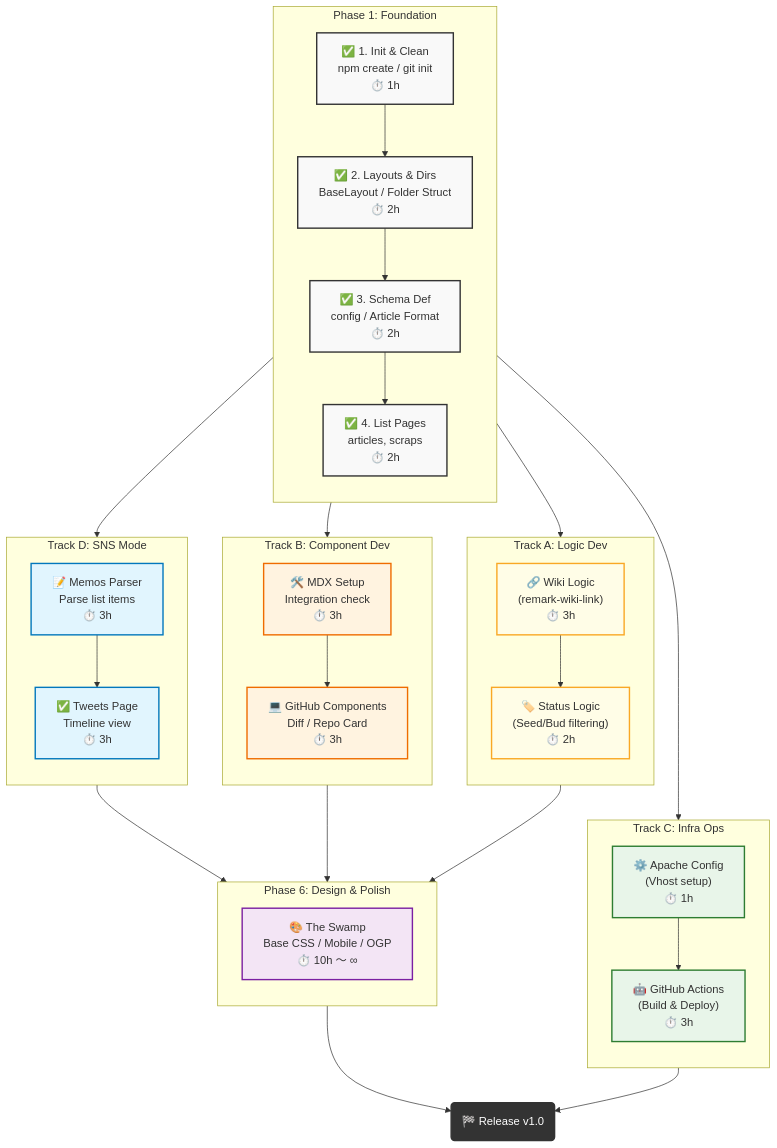
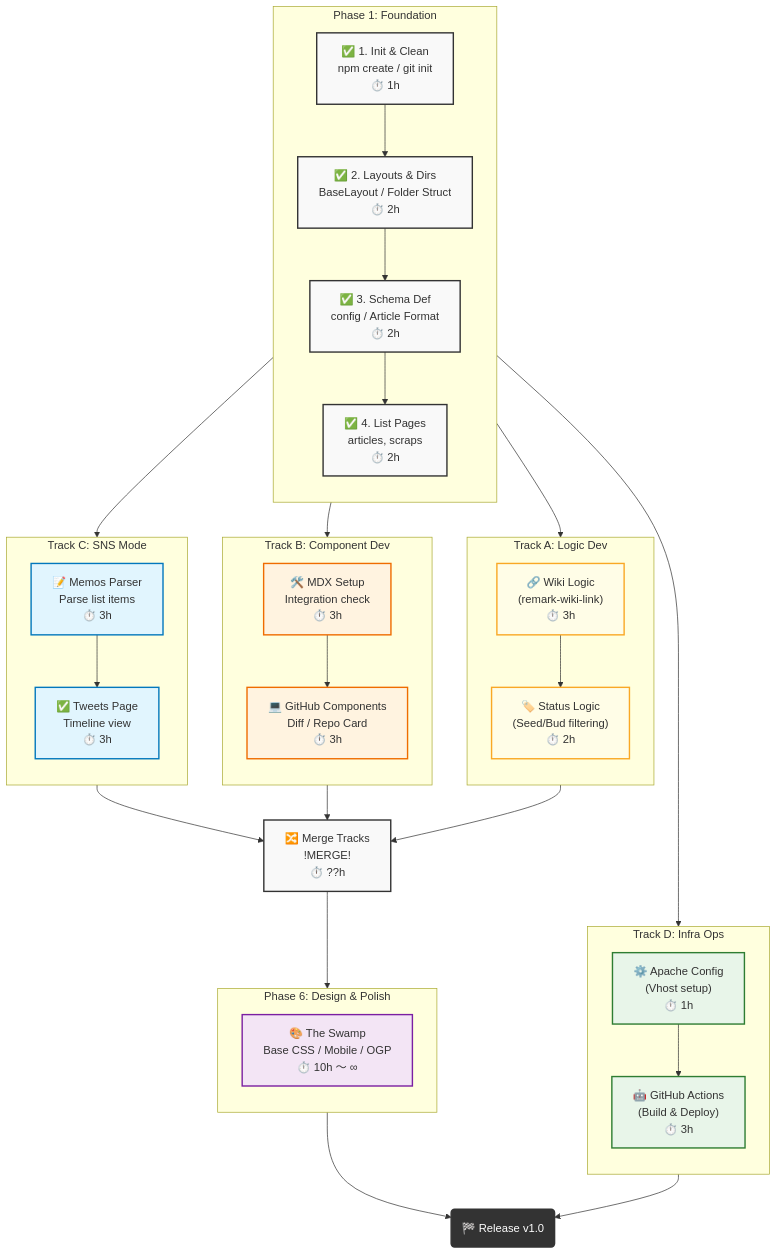
The diagram in README.md (oYAs-me/scrap-blog), drawn with Mermaid before and after one commit.

Commit message:
rewrite road map

````diff
--- a/README.md
+++ b/README.md
@@ -110,23 +110,30 @@
         P3_MDX --> P3_Diff
     end
 
-    %% Track C: インフラ構築
-    subgraph TrackInfra ["Track C: Infra Ops"]
+    %% Track C: SNSモード開発
+    subgraph TrackTwitter ["Track C: SNS Mode"]
         direction TB
-        P4_Apache["⚙️ Apache Config<br>(Vhost setup)<br>⏱️ 1h"]:::infra
-        P4_CI["🤖 GitHub Actions<br>(Build & Deploy)<br>⏱️ 3h"]:::infra
-        
-        P4_Apache --> P4_CI
+        P4_Memos["📝 Memos Parser<br>Parse list items<br>⏱️ 3h"]:::twitter
+        P4_Tweets["✅ Tweets Page<br>Timeline view<br>⏱️ 3h"]:::twitter
+
+        P4_Memos --> P4_Tweets
     end
 
-    %% Track D: SNSモード開発
-    subgraph TrackTwitter ["Track D: SNS Mode"]
+    %% Track D: インフラ構築
+    subgraph TrackInfra ["Track D: Infra Ops"]
         direction TB
-        P5_Memos["📝 Memos Parser<br>Parse list items<br>⏱️ 3h"]:::twitter
-        P5_Tweets["✅ Tweets Page<br>Timeline view<br>⏱️ 3h"]:::twitter
+        P5_Apache["⚙️ Apache Config<br>(Vhost setup)<br>⏱️ 1h"]:::infra
+        P5_CI["🤖 GitHub Actions<br>(Build & Deploy)<br>⏱️ 3h"]:::infra
+        
+        P5_Apache --> P5_CI
+    end
 
-        P5_Memos --> P5_Tweets
-    end
+    %% すべてのTrackをmerge
+    Merge["🔀 Merge Tracks<br>!MERGE!<br>⏱️ ??h"]:::base
+
+    P2_Status --> Merge
+    P3_Diff --> Merge
+    P4_Tweets --> Merge
 
     %% --- Phase 6: 合流と仕上げ ---
     subgraph Phase6 ["Phase 6: Design & Polish"]
@@ -139,16 +146,13 @@
     %% 依存関係
     P1_ListPages --> P2_Wiki
     P1_ListPages --> P3_MDX
-    P1_ListPages --> P4_Apache
-    P1_Schema --> P5_Memos
+    P1_Schema --> P4_Memos
+    P1_ListPages --> P5_Apache
 
-    %% 合流
-    P2_Status --> P6_Design
-    P3_Diff --> P6_Design
-    P5_Tweets --> P6_Design
+    Merge --> P6_Design
     
     %% リリース条件
-    P4_CI --> Goal
+    P5_CI --> Goal
     P6_Design --> Goal
 
 ```
````
